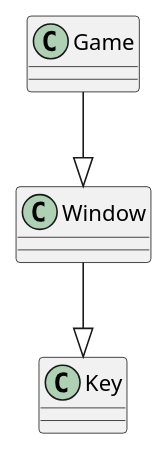
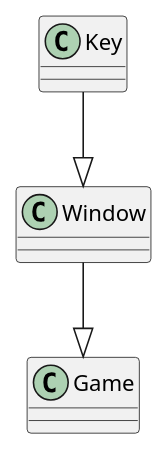
One commit to StarLordCraft/Games changed the diagram in RainBlocks/diagram.puml. Above: the diagram before and after it, drawn with PlantUML.

```diff
--- a/RainBlocks/diagram.puml
+++ b/RainBlocks/diagram.puml
@@ -1,13 +1,15 @@
 @startuml
 class Game {
 }
 
 class Window {
 }
 
 class Key {
 }
 
-Game --|> Window
-Window --|> Key
+
+
+Key --|> Window
+Window --|> Game
 @enduml
```
